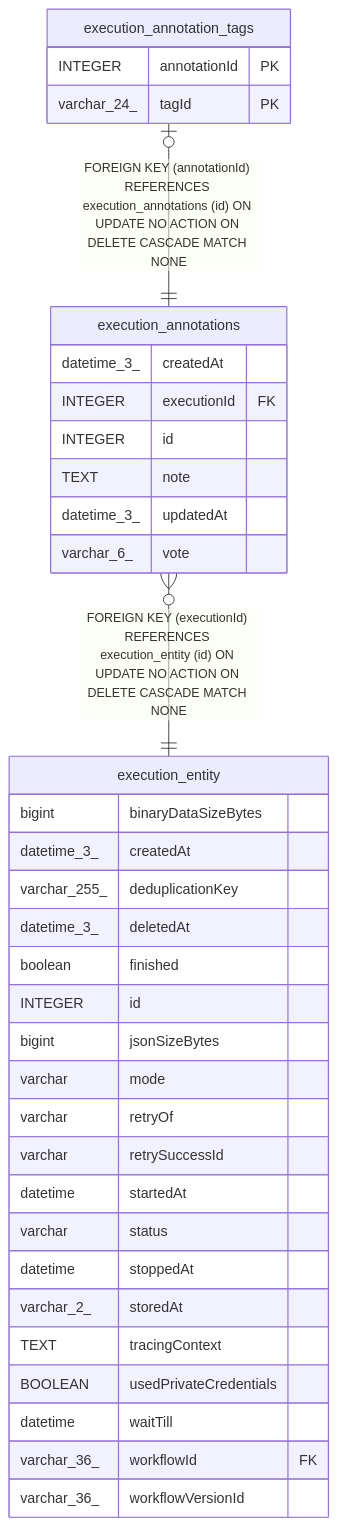
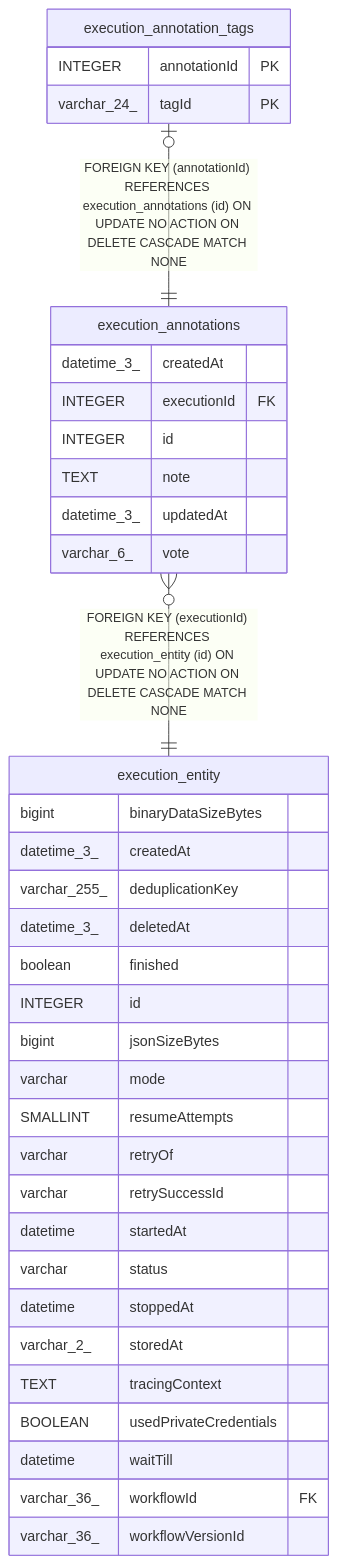
The diagram in n8n_integration/n8n_source/docs/generated/sqlite-schema/execution_annotations.md (koreatest12/studys), drawn with Mermaid before and after one commit. The commit also changed 23019 other files, not shown here.

````diff
--- a/n8n_integration/n8n_source/docs/generated/sqlite-schema/execution_annotations.md
+++ b/n8n_integration/n8n_source/docs/generated/sqlite-schema/execution_annotations.md
@@ -40,40 +40,41 @@
 ```mermaid
 erDiagram
 
 "execution_annotations" }o--|| "execution_entity" : "FOREIGN KEY (executionId) REFERENCES execution_entity (id) ON UPDATE NO ACTION ON DELETE CASCADE MATCH NONE"
 "execution_annotation_tags" |o--|| "execution_annotations" : "FOREIGN KEY (annotationId) REFERENCES execution_annotations (id) ON UPDATE NO ACTION ON DELETE CASCADE MATCH NONE"
 
 "execution_annotations" {
   datetime_3_ createdAt
   INTEGER executionId FK
   INTEGER id
   TEXT note
   datetime_3_ updatedAt
   varchar_6_ vote
 }
 "execution_entity" {
   bigint binaryDataSizeBytes
   datetime_3_ createdAt
   varchar_255_ deduplicationKey
   datetime_3_ deletedAt
   boolean finished
   INTEGER id
   bigint jsonSizeBytes
   varchar mode
+  SMALLINT resumeAttempts
   varchar retryOf
   varchar retrySuccessId
   datetime startedAt
   varchar status
   datetime stoppedAt
   varchar_2_ storedAt
   TEXT tracingContext
   BOOLEAN usedPrivateCredentials
   datetime waitTill
   varchar_36_ workflowId FK
   varchar_36_ workflowVersionId
 }
 "execution_annotation_tags" {
   INTEGER annotationId PK
   varchar_24_ tagId PK
 }
 ```
````
